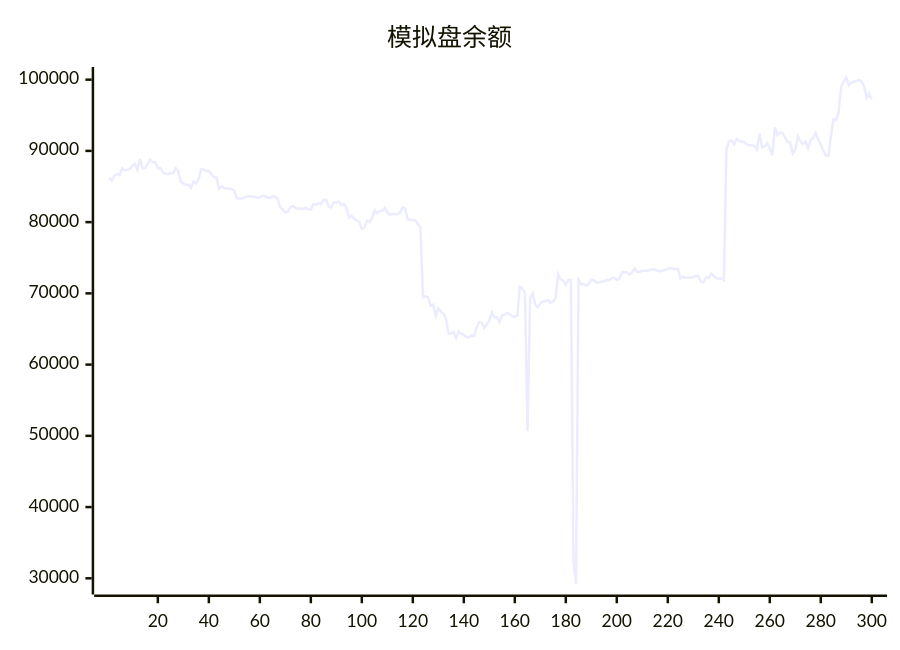
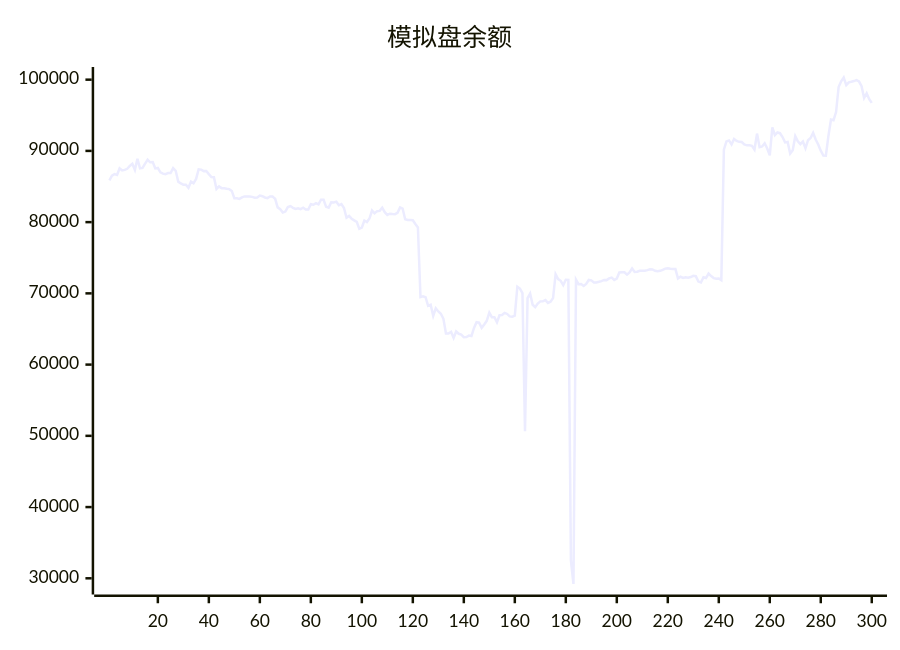
One commit to aahl/ai-trading changed the diagram in README.md. Above: the diagram before and after it, drawn with Mermaid. The commit also changed other lines of this file and 1 other file, not shown here.

````diff
--- a/README.md
+++ b/README.md
@@ -5,5 +5,5 @@
 ```mermaid
 xychart
     title "模拟盘余额"
-    line [86219,85859,86526,86740,86630,87563,87264,87335,87483,87886,88180,87335,88894,87544,87608,88207,88755,88401,88444,87543,87608,87000,86810,86740,86894,86884,87576,87209,85686,85435,85251,85255,84820,85689,85453,86066,87420,87373,87161,87178,86740,86341,86315,84643,85012,84772,84768,84690,84635,84376,83360,83357,83259,83474,83608,83606,83602,83548,83440,83454,83724,83644,83464,83365,83590,83592,83275,82072,81806,81344,81492,82109,82254,82006,81848,81955,81829,82022,81769,81776,82522,82441,82656,82498,83144,83144,82150,82038,82797,82763,82872,82367,82536,81981,80612,80862,80484,80242,80034,79063,79245,80226,80016,80507,81625,81233,81544,81578,82016,81401,81019,81186,81130,81118,81306,82066,81909,80392,80304,80291,80258,79729,79261,69466,69579,69456,68251,68415,66832,67911,67462,67144,66432,64380,64375,64606,63740,64647,64324,64216,63842,63877,64078,64008,65156,65945,65888,65157,65625,66144,67284,66653,66639,65924,66925,66956,67263,67108,66766,66729,66886,70927,70673,70049,50652,69334,69973,68400,68061,68578,68876,68879,69055,68662,68822,69329,72687,71999,71760,71162,71911,71896,32500,29218,71927,71297,71305,71044,71337,71883,71822,71536,71536,71622,71723,71880,71860,72100,72216,71887,72077,72940,72976,72966,72638,72948,73497,73004,73041,73173,73160,73186,73258,73375,73351,73173,73098,73161,73305,73474,73536,73457,73413,73412,72100,72333,72164,72272,72204,72285,72461,72421,71652,71521,72267,72157,72774,72424,72144,72060,72091,71858,90185,91338,91466,90900,91678,91404,91268,91244,90903,90779,90787,90721,90187,92429,90518,90619,91070,90328,89376,93286,92202,92581,92485,91947,91196,91259,89619,90086,92063,91355,90950,91327,90373,91498,91800,92531,91603,90910,90031,89351,89334,92097,94406,94315,95455,98972,99763,100286,99229,99622,99701,99805,99938,99738,99082,97430,98094,97267]
+    line [85859,86526,86740,86630,87563,87264,87335,87483,87886,88180,87335,88894,87544,87608,88207,88755,88401,88444,87543,87608,87000,86810,86740,86894,86884,87576,87209,85686,85435,85251,85255,84820,85689,85453,86066,87420,87373,87161,87178,86740,86341,86315,84643,85012,84772,84768,84690,84635,84376,83360,83357,83259,83474,83608,83606,83602,83548,83440,83454,83724,83644,83464,83365,83590,83592,83275,82072,81806,81344,81492,82109,82254,82006,81848,81955,81829,82022,81769,81776,82522,82441,82656,82498,83144,83144,82150,82038,82797,82763,82872,82367,82536,81981,80612,80862,80484,80242,80034,79063,79245,80226,80016,80507,81625,81233,81544,81578,82016,81401,81019,81186,81130,81118,81306,82066,81909,80392,80304,80291,80258,79729,79261,69466,69579,69456,68251,68415,66832,67911,67462,67144,66432,64380,64375,64606,63740,64647,64324,64216,63842,63877,64078,64008,65156,65945,65888,65157,65625,66144,67284,66653,66639,65924,66925,66956,67263,67108,66766,66729,66886,70927,70673,70049,50652,69334,69973,68400,68061,68578,68876,68879,69055,68662,68822,69329,72687,71999,71760,71162,71911,71896,32500,29218,71927,71297,71305,71044,71337,71883,71822,71536,71536,71622,71723,71880,71860,72100,72216,71887,72077,72940,72976,72966,72638,72948,73497,73004,73041,73173,73160,73186,73258,73375,73351,73173,73098,73161,73305,73474,73536,73457,73413,73412,72100,72333,72164,72272,72204,72285,72461,72421,71652,71521,72267,72157,72774,72424,72144,72060,72091,71858,90185,91338,91466,90900,91678,91404,91268,91244,90903,90779,90787,90721,90187,92429,90518,90619,91070,90328,89376,93286,92202,92581,92485,91947,91196,91259,89619,90086,92063,91355,90950,91327,90373,91498,91800,92531,91603,90910,90031,89351,89334,92097,94406,94315,95455,98972,99763,100286,99229,99622,99701,99805,99938,99738,99082,97430,98094,97267,96741]
 ```
````
